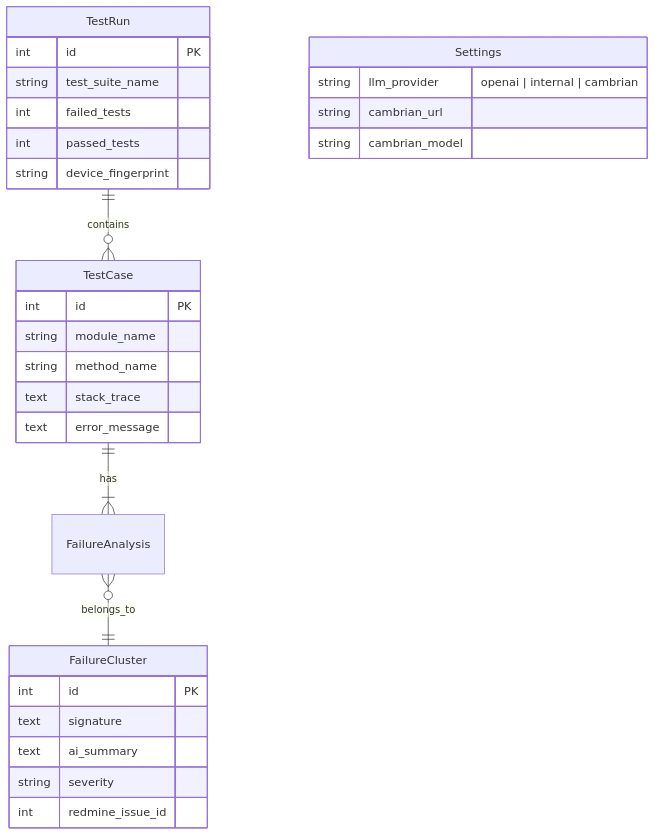
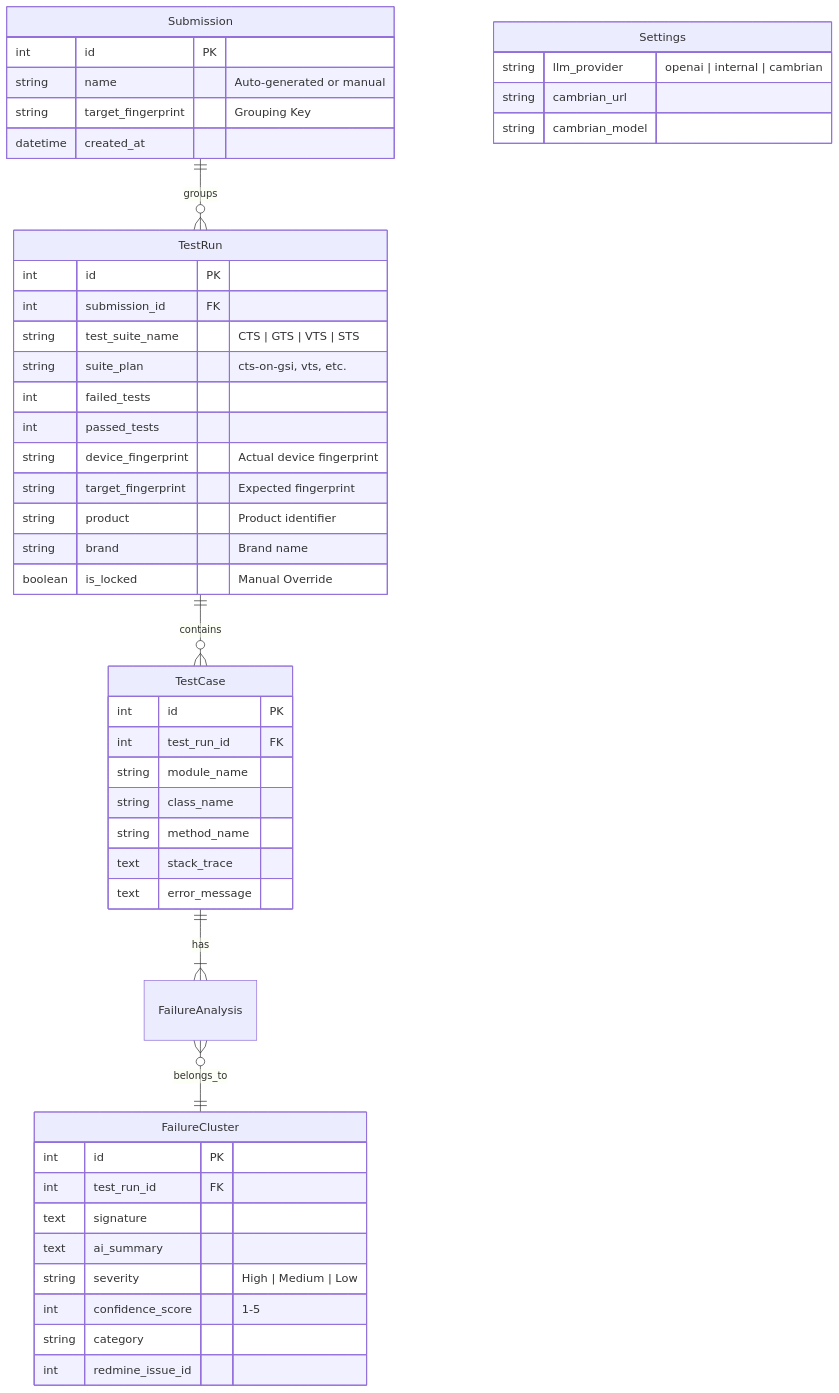
Before and after one commit to seen0722/GMS-helper: the sixth of 6 diagrams in docs/ARCHITECTURE.md, drawn with Mermaid. The commit also changed other lines of this file and 24 other files, not shown here.

````diff
--- a/docs/ARCHITECTURE.md
+++ b/docs/ARCHITECTURE.md
@@ -190,35 +323,55 @@
 ```mermaid
 erDiagram
+    Submission ||--o{ TestRun : groups
     TestRun ||--o{ TestCase : contains
     TestCase ||--|{ FailureAnalysis : has
     FailureAnalysis }o--|| FailureCluster : belongs_to
+    
     Settings {
         string llm_provider "openai | internal | cambrian"
         string cambrian_url
         string cambrian_model
     }
     
+    Submission {
+        int id PK
+        string name "Auto-generated or manual"
+        string target_fingerprint "Grouping Key"
+        datetime created_at
+    }
+    
     TestRun {
         int id PK
-        string test_suite_name
+        int submission_id FK
+        string test_suite_name "CTS | GTS | VTS | STS"
+        string suite_plan "cts-on-gsi, vts, etc."
         int failed_tests
         int passed_tests
-        string device_fingerprint
+        string device_fingerprint "Actual device fingerprint"
+        string target_fingerprint "Expected fingerprint"
+        string product "Product identifier"
+        string brand "Brand name"
+        boolean is_locked "Manual Override"
     }
     
     TestCase {
         int id PK
+        int test_run_id FK
         string module_name
+        string class_name
         string method_name
         text stack_trace
         text error_message
     }
     
     FailureCluster {
         int id PK
+        int test_run_id FK
         text signature
         text ai_summary
-        string severity
+        string severity "High | Medium | Low"
+        int confidence_score "1-5"
+        string category
         int redmine_issue_id
     }
 ```
````
